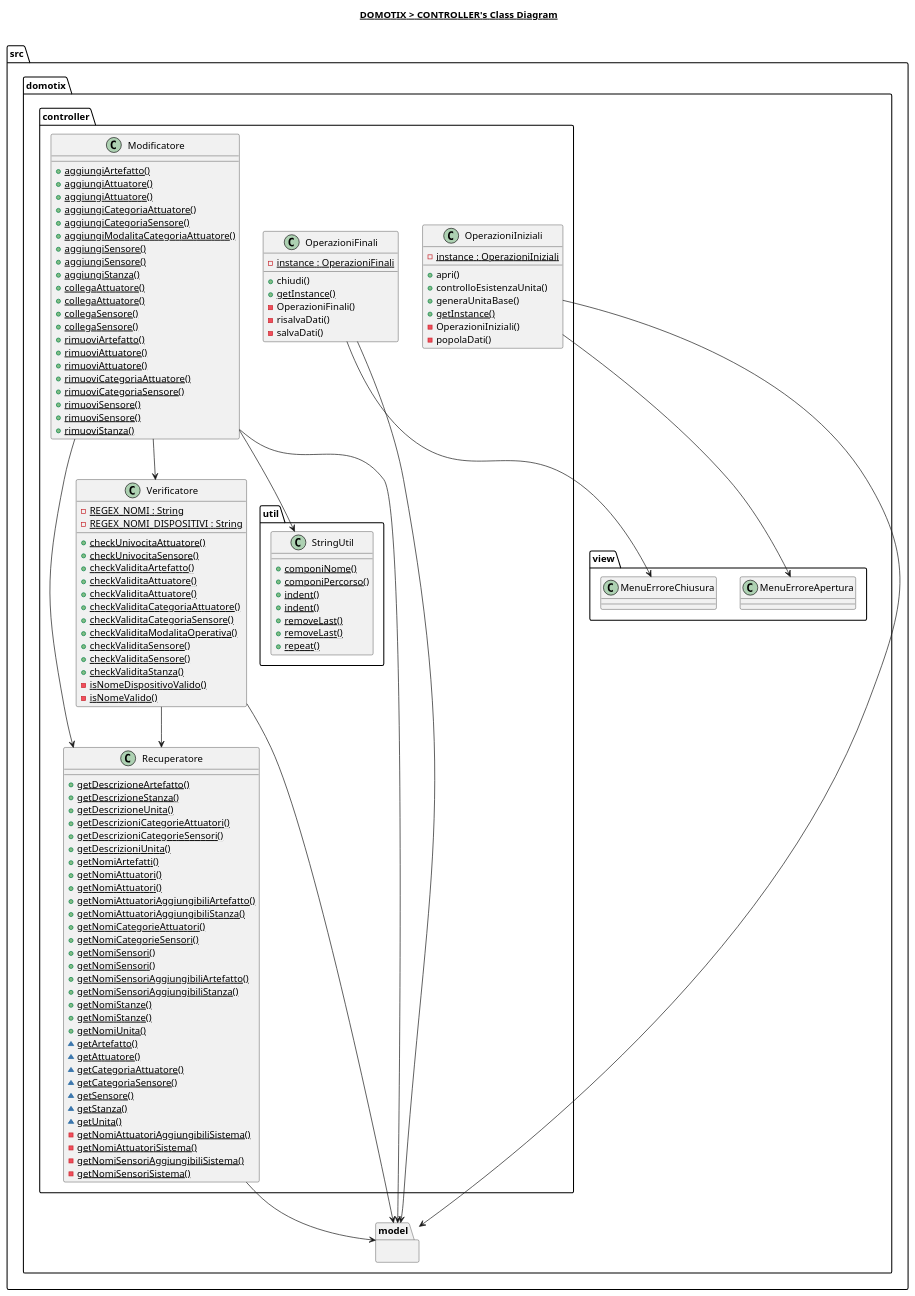
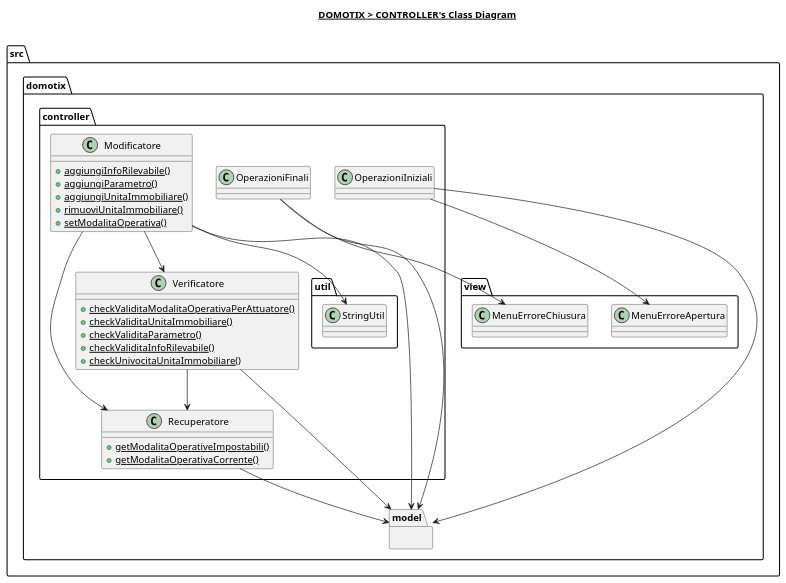
One commit to Edoar-do/Domotix changed the diagram in src/domotix/controller/controller.plantuml. Above: the diagram before and after it, drawn with PlantUML. The commit also changed 29 other files, not shown here.

Commit message:
Aggiusta la documentazione sui diagrammi

```diff
--- a/src/domotix/controller/controller.plantuml
+++ b/src/domotix/controller/controller.plantuml
@@ -1,134 +1,61 @@
 @startuml
 
 title __DOMOTIX > CONTROLLER's Class Diagram__\n
 
 namespace src.domotix.controller {
     class src.domotix.controller.Modificatore {
-        {static} + aggiungiArtefatto()
-        {static} + aggiungiAttuatore()
-        {static} + aggiungiAttuatore()
-        {static} + aggiungiCategoriaAttuatore()
-        {static} + aggiungiCategoriaSensore()
-        {static} + aggiungiModalitaCategoriaAttuatore()
-        {static} + aggiungiSensore()
-        {static} + aggiungiSensore()
-        {static} + aggiungiStanza()
-        {static} + collegaAttuatore()
-        {static} + collegaAttuatore()
-        {static} + collegaSensore()
-        {static} + collegaSensore()
-        {static} + rimuoviArtefatto()
-        {static} + rimuoviAttuatore()
-        {static} + rimuoviAttuatore()
-        {static} + rimuoviCategoriaAttuatore()
-        {static} + rimuoviCategoriaSensore()
-        {static} + rimuoviSensore()
-        {static} + rimuoviSensore()
-        {static} + rimuoviStanza()
+        {static} + aggiungiInfoRilevabile()
+        {static} + aggiungiParametro()
+        {static} + aggiungiUnitaImmobiliare()
+        {static} + rimuoviUnitaImmobiliare()
+        {static} + setModalitaOperativa()
     }
 
     class src.domotix.controller.OperazioniFinali {
-        {static} - instance : OperazioniFinali
-        + chiudi()
-        {static} + getInstance()
-        - OperazioniFinali()
-        - risalvaDati()
-        - salvaDati()
+
     }
 
     class src.domotix.controller.OperazioniIniziali {
-        {static} - instance : OperazioniIniziali
-        + apri()
-        + controlloEsistenzaUnita()
-        + generaUnitaBase()
-        {static} + getInstance()
-        - OperazioniIniziali()
-        - popolaDati()
+
     }
 
     class src.domotix.controller.Recuperatore {
-        {static} + getDescrizioneArtefatto()
-        {static} + getDescrizioneStanza()
-        {static} + getDescrizioneUnita()
-        {static} + getDescrizioniCategorieAttuatori()
-        {static} + getDescrizioniCategorieSensori()
-        {static} + getDescrizioniUnita()
-        {static} + getNomiArtefatti()
-        {static} + getNomiAttuatori()
-        {static} + getNomiAttuatori()
-        {static} + getNomiAttuatoriAggiungibiliArtefatto()
-        {static} + getNomiAttuatoriAggiungibiliStanza()
-        {static} + getNomiCategorieAttuatori()
-        {static} + getNomiCategorieSensori()
-        {static} + getNomiSensori()
-        {static} + getNomiSensori()
-        {static} + getNomiSensoriAggiungibiliArtefatto()
-        {static} + getNomiSensoriAggiungibiliStanza()
-        {static} + getNomiStanze()
-        {static} + getNomiStanze()
-        {static} + getNomiUnita()
-        {static} ~ getArtefatto()
-        {static} ~ getAttuatore()
-        {static} ~ getCategoriaAttuatore()
-        {static} ~ getCategoriaSensore()
-        {static} ~ getSensore()
-        {static} ~ getStanza()
-        {static} ~ getUnita()
-        {static} - getNomiAttuatoriAggiungibiliSistema()
-        {static} - getNomiAttuatoriSistema()
-        {static} - getNomiSensoriAggiungibiliSistema()
-        {static} - getNomiSensoriSistema()
+        {static} + getModalitaOperativeImpostabili()
+        {static} + getModalitaOperativaCorrente()
     }
 
     class src.domotix.controller.Verificatore {
-        {static} - REGEX_NOMI : String
-        {static} - REGEX_NOMI_DISPOSITIVI : String
-        {static} + checkUnivocitaAttuatore()
-        {static} + checkUnivocitaSensore()
-        {static} + checkValiditaArtefatto()
-        {static} + checkValiditaAttuatore()
-        {static} + checkValiditaAttuatore()
-        {static} + checkValiditaCategoriaAttuatore()
-        {static} + checkValiditaCategoriaSensore()
-        {static} + checkValiditaModalitaOperativa()
-        {static} + checkValiditaSensore()
-        {static} + checkValiditaSensore()
-        {static} + checkValiditaStanza()
-        {static} - isNomeDispositivoValido()
-        {static} - isNomeValido()
+        {static} + checkValiditaModalitaOperativaPerAttuatore()
+        {static} + checkValiditaUnitaImmobiliare()
+        {static} + checkValiditaParametro()
+        {static} + checkValiditaInfoRilevabile()
+        {static} + checkUnivocitaUnitaImmobiliare()
     }
 
     namespace util {
         class src.domotix.controller.util.StringUtil {
-            {static} + componiNome()
-            {static} + componiPercorso()
-            {static} + indent()
-            {static} + indent()
-            {static} + removeLast()
-            {static} + removeLast()
-            {static} + repeat()
         }
     }
 }
 
 namespace src.domotix.model {
 
 }
 
 src.domotix.controller.Modificatore --> src.domotix.controller.util.StringUtil
 src.domotix.controller.Modificatore --> src.domotix.controller.Recuperatore
 src.domotix.controller.Modificatore --> src.domotix.controller.Verificatore
 src.domotix.controller.Modificatore --> src.domotix.model
 
 src.domotix.controller.Verificatore --> src.domotix.controller.Recuperatore
 src.domotix.controller.Verificatore --> src.domotix.model
 
 src.domotix.controller.Recuperatore --> src.domotix.model
 
 src.domotix.controller.OperazioniIniziali --> src.domotix.model
 src.domotix.controller.OperazioniIniziali --> src.domotix.view.MenuErroreApertura
 
 src.domotix.controller.OperazioniFinali --> src.domotix.model
 src.domotix.controller.OperazioniFinali --> src.domotix.view.MenuErroreChiusura
 
 @enduml
```
